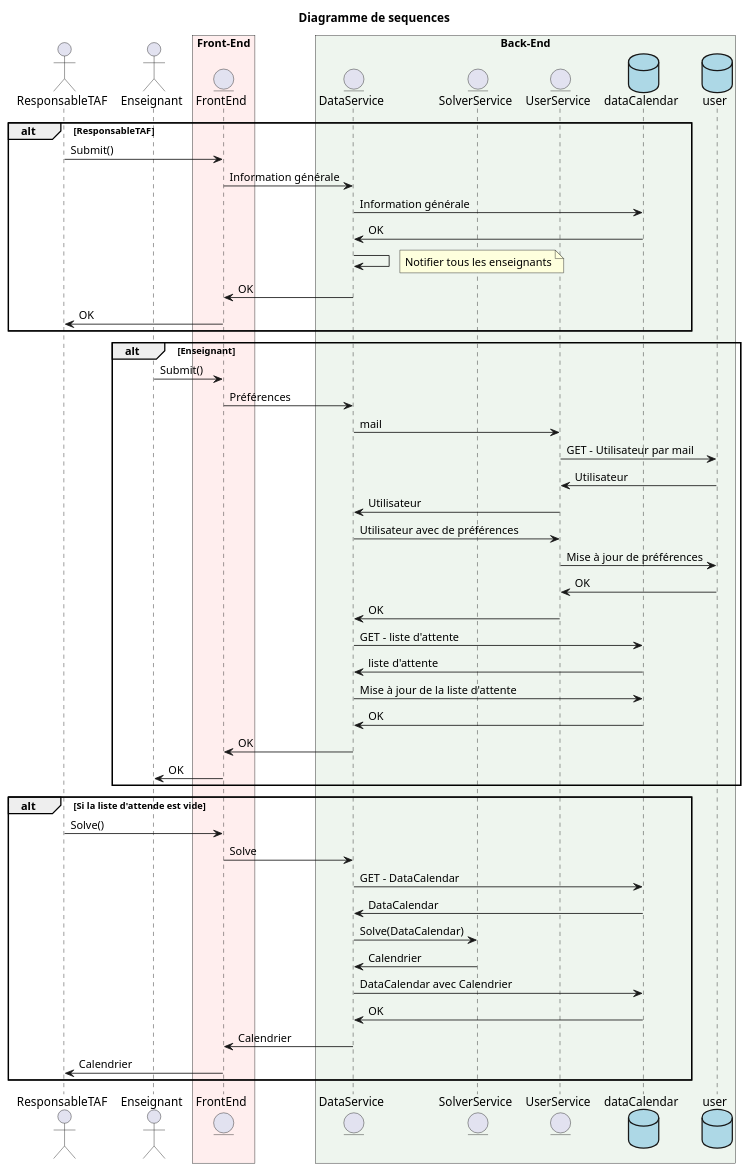
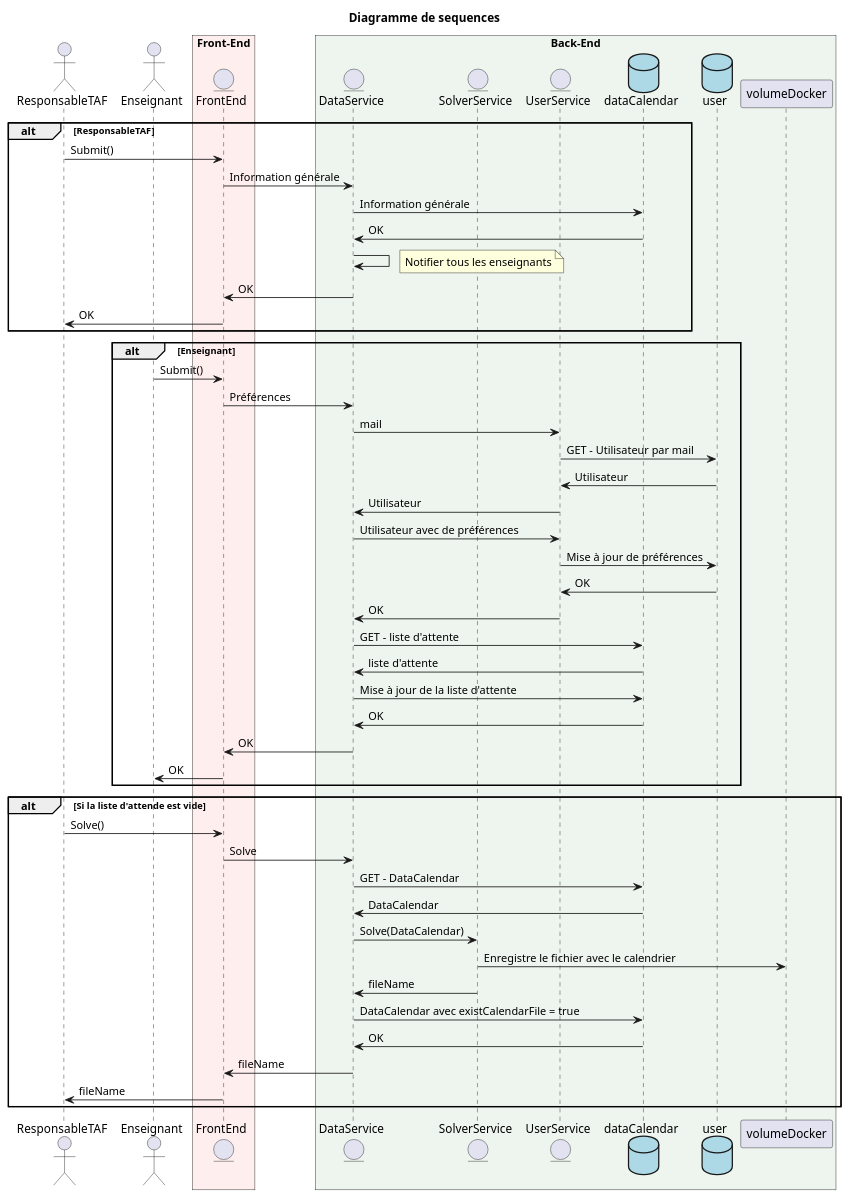
The diagram in back-end/diagram.puml (TheoLeCalvar/Planify), drawn with PlantUML before and after one commit.

Commit message:
update diagram

```diff
--- a/back-end/diagram.puml
+++ b/back-end/diagram.puml
@@ -1,65 +1,67 @@
 @startuml Diagramme
 
 title Diagramme de sequences
 
 actor ResponsableTAF
 actor Enseignant
 
 box "Front-End" #FFEEEE
     entity FrontEnd
 end box
 
 box "Back-End" #EEF5EE
     entity DataService
     entity SolverService
     entity UserService
     database dataCalendar #LightBlue
     database user #LightBlue
+    participant volumeDocker
 end box
 
 alt ResponsableTAF
     ResponsableTAF -> FrontEnd: Submit()
     FrontEnd -> DataService: Information générale
     DataService -> dataCalendar: Information générale
     dataCalendar -> DataService: OK
     DataService -> DataService
     note right
         Notifier tous les enseignants
     end note
     DataService -> FrontEnd: OK
     FrontEnd -> ResponsableTAF: OK
 end
 
 alt Enseignant
     Enseignant -> FrontEnd: Submit()
     FrontEnd -> DataService: Préférences
     DataService -> UserService: mail
     UserService -> user: GET - Utilisateur par mail
     user -> UserService: Utilisateur
     UserService -> DataService: Utilisateur
     DataService -> UserService: Utilisateur avec de préférences
     UserService -> user: Mise à jour de préférences
     user -> UserService: OK
     UserService -> DataService: OK
     DataService -> dataCalendar: GET - liste d'attente
     dataCalendar -> DataService: liste d'attente
     DataService -> dataCalendar: Mise à jour de la liste d'attente
     dataCalendar -> DataService: OK
     DataService -> FrontEnd: OK
     FrontEnd -> Enseignant: OK
 end
 
 alt Si la liste d'attende est vide
     ResponsableTAF -> FrontEnd: Solve()
     FrontEnd -> DataService: Solve
     DataService -> dataCalendar: GET - DataCalendar
     dataCalendar -> DataService: DataCalendar
     DataService -> SolverService: Solve(DataCalendar)
-    SolverService -> DataService: Calendrier
-    DataService -> dataCalendar: DataCalendar avec Calendrier
+    SolverService -> volumeDocker: Enregistre le fichier avec le calendrier
+    SolverService -> DataService: fileName
+    DataService -> dataCalendar: DataCalendar avec existCalendarFile = true
     dataCalendar -> DataService: OK
-    DataService -> FrontEnd: Calendrier
-    FrontEnd -> ResponsableTAF: Calendrier
+    DataService -> FrontEnd: fileName
+    FrontEnd -> ResponsableTAF: fileName
 end
 
 @enduml
```
